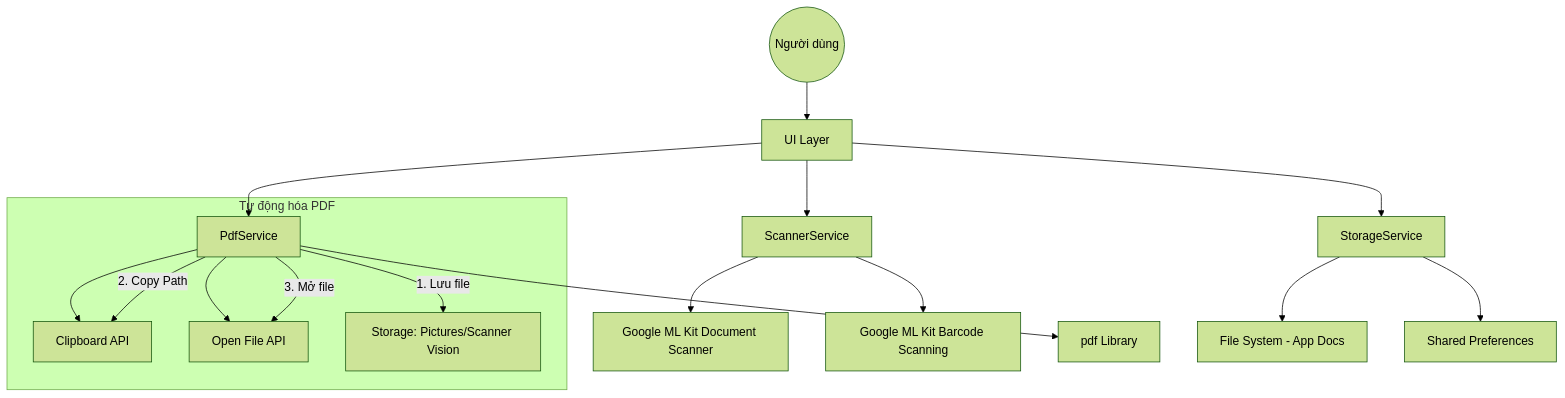
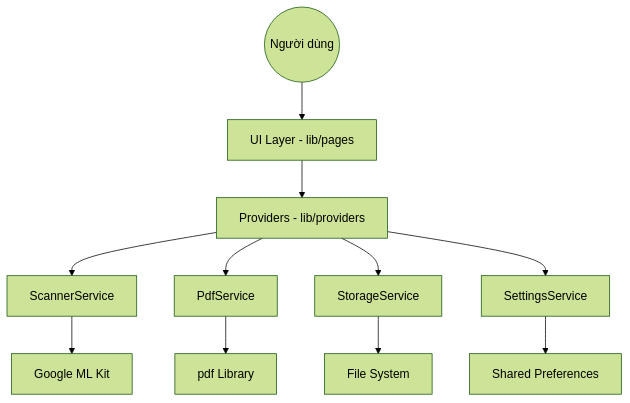
The diagram in architecture.md (thichuong/scanner_vision), drawn with Mermaid (forest theme) before and after one commit. The commit also changed other lines of this file and 17 other files, not shown here.

Commit message:
refactor: restructure project by moving services and pages into dedicated directories and introducing providers for state management.

````diff
--- a/architecture.md
+++ b/architecture.md
@@ -15,23 +16,14 @@
 ```mermaid
 graph TD
-    User((Người dùng)) --> UI[UI Layer]
-    UI --> SS[ScannerService]
-    UI --> PS[PdfService]
-    UI --> STS[StorageService]
+    User((Người dùng)) --> UI[UI Layer - lib/pages]
+    UI --> Prov[Providers - lib/providers]
+    Prov --> SS[ScannerService]
+    Prov --> PS[PdfService]
+    Prov --> STS[StorageService]
+    Prov --> STGS[SettingsService]
     
-    SS --> MLK[Google ML Kit Document Scanner]
-    SS --> BCD[Google ML Kit Barcode Scanning]
-    
+    SS --> MLK[Google ML Kit]
     PS --> PDFL[pdf Library]
-    PS --> CB[Clipboard API]
-    PS --> OPEN[Open File API]
-    
-    STS --> FS[File System - App Docs]
-    STS --> SP[Shared Preferences]
-    
-    subgraph "Tự động hóa PDF"
-        PS -- "1. Lưu file" --> FS_EXT["Storage: Pictures/Scanner Vision"]
-        PS -- "2. Copy Path" --> CB
-        PS -- "3. Mở file" --> OPEN
-    end
+    STS --> FS[File System]
+    STGS --> SP[Shared Preferences]
 ```
````
